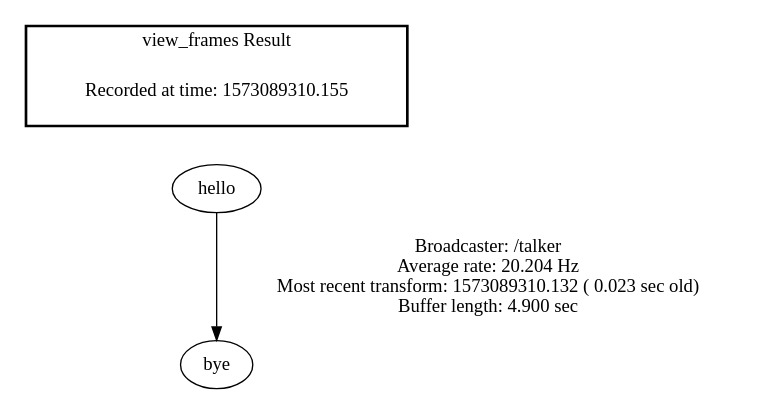
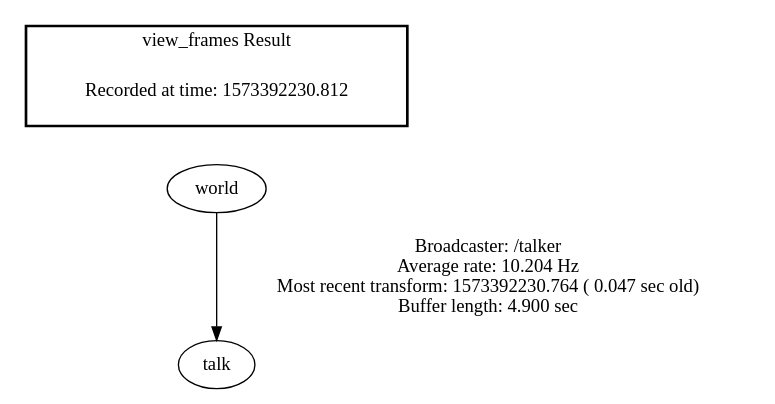
One commit to Charan-Karthikeyan/beginner_tutorials changed the diagram in frames.gv. Above: the diagram before and after it, drawn with Graphviz.

Commit message:
[frames.gv]gviz output for view_frames cmd

```diff
--- a/frames.gv
+++ b/frames.gv
@@ -1,7 +1,7 @@
 digraph G {
-"hello" -> "bye"[label="Broadcaster: /talker\nAverage rate: 20.204 Hz\nMost recent transform: 1573089310.132 ( 0.023 sec old)\nBuffer length: 4.900 sec\n"];
+"world" -> "talk"[label="Broadcaster: /talker\nAverage rate: 10.204 Hz\nMost recent transform: 1573392230.764 ( 0.047 sec old)\nBuffer length: 4.900 sec\n"];
 edge [style=invis];
  subgraph cluster_legend { style=bold; color=black; label ="view_frames Result";
-"Recorded at time: 1573089310.155"[ shape=plaintext ] ;
- }->"hello";
+"Recorded at time: 1573392230.812"[ shape=plaintext ] ;
+ }->"world";
 }
```
